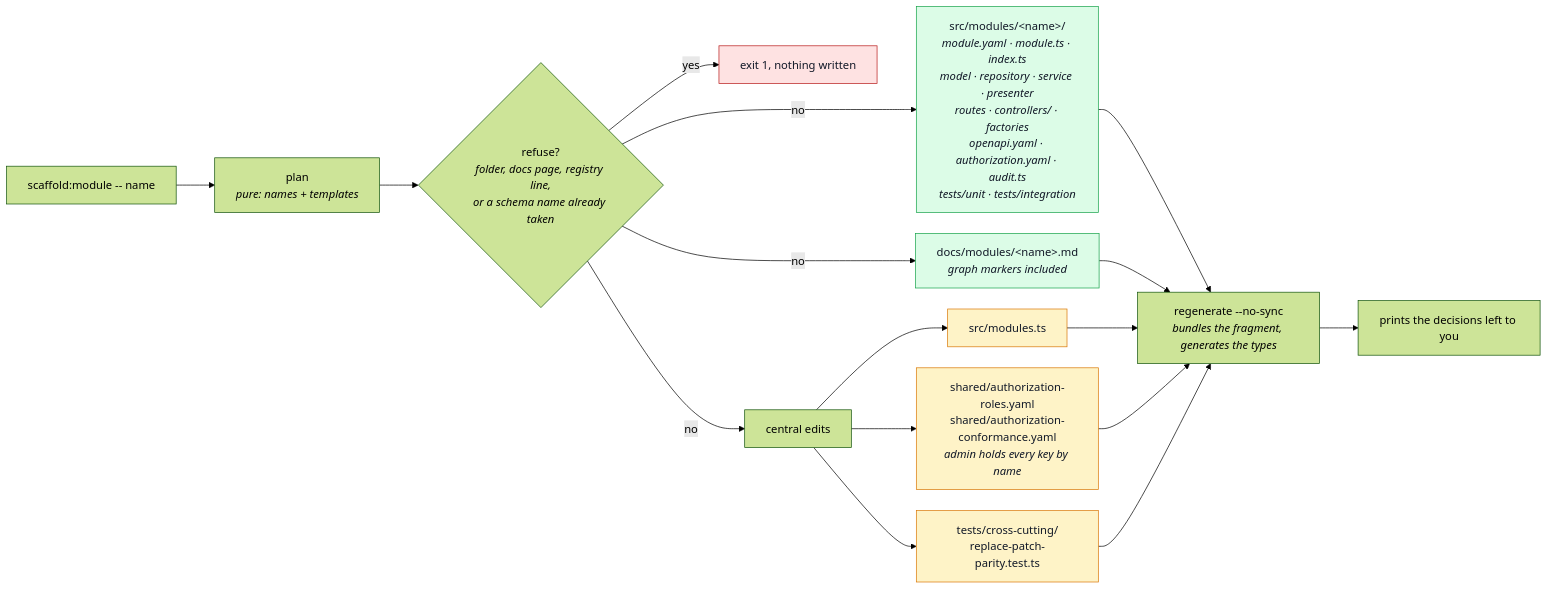
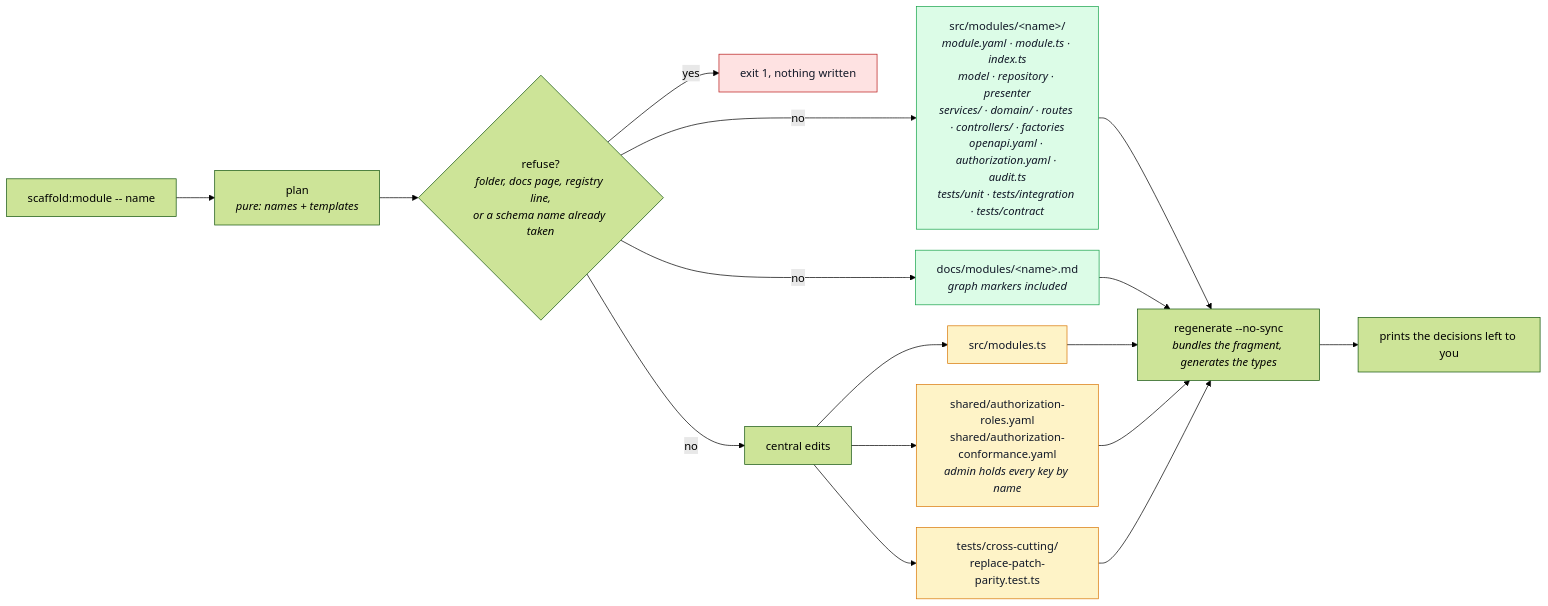
Before and after one commit to Guebbit/boilerplate-node-backend: the diagram in docs/tools/module-scaffolder.md, drawn with Mermaid (forest theme). The commit also changed other lines of this file and 8 other files, not shown here.

First line of the commit message:
feat(scaffold): emit actions, domain/, an item read and a contract test; pin headers to example

````diff
--- a/docs/tools/module-scaffolder.md
+++ b/docs/tools/module-scaffolder.md
@@ -34,26 +37,26 @@
 ```mermaid
 %%{init: {'flowchart': {'nodeSpacing': 30, 'rankSpacing': 55}}}%%
 flowchart LR
     C["scaffold:module -- name"] --> P["plan<br/><i>pure: names + templates</i>"]
     P --> R{"refuse?<br/><i>folder, docs page, registry line,<br/>or a schema name already taken</i>"}
     R -->|yes| X["exit 1, nothing written"]
-    R -->|no| M["src/modules/&lt;name&gt;/<br/><i>module.yaml · module.ts · index.ts<br/>model · repository · service · presenter<br/>routes · controllers/ · factories<br/>openapi.yaml · authorization.yaml · audit.ts<br/>tests/unit · tests/integration</i>"]
+    R -->|no| M["src/modules/&lt;name&gt;/<br/><i>module.yaml · module.ts · index.ts<br/>model · repository · presenter<br/>services/ · domain/ · routes · controllers/ · factories<br/>openapi.yaml · authorization.yaml · audit.ts<br/>tests/unit · tests/integration · tests/contract</i>"]
     R -->|no| D["docs/modules/&lt;name&gt;.md<br/><i>graph markers included</i>"]
     R -->|no| E["central edits"]
     E --> E1["src/modules.ts"]
     E --> E2["shared/authorization-roles.yaml<br/>shared/authorization-conformance.yaml<br/><i>admin holds every key by name</i>"]
     E --> E3["tests/cross-cutting/<br/>replace-patch-parity.test.ts"]
     M --> G["regenerate --no-sync<br/><i>bundles the fragment, generates the types</i>"]
     D --> G
     E1 --> G
     E2 --> G
     E3 --> G
     G --> O["prints the decisions left to you"]
 
     classDef own fill:#dcfce7,stroke:#16a34a,color:#111827;
     classDef shared fill:#fef3c7,stroke:#d97706,color:#111827;
     classDef stop fill:#fee2e2,stroke:#b91c1c,color:#111827;
     class M,D own;
     class E1,E2,E3 shared;
     class X stop;
 ```
````
